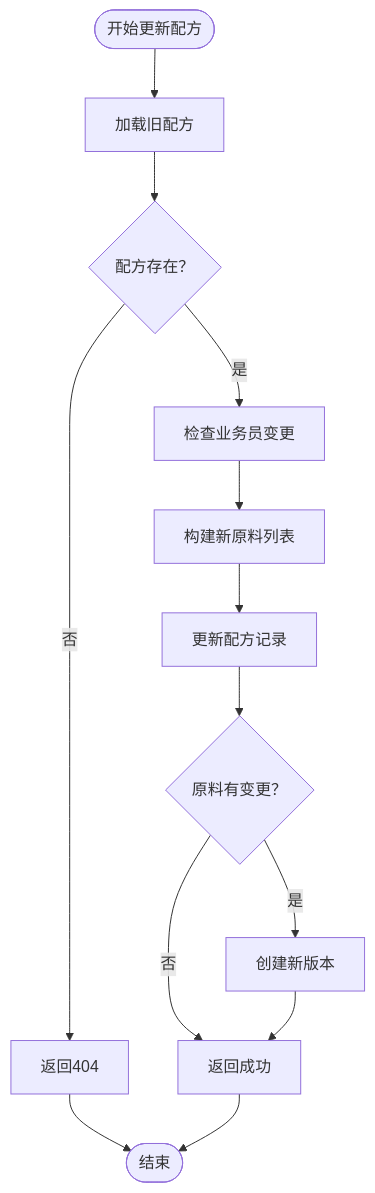
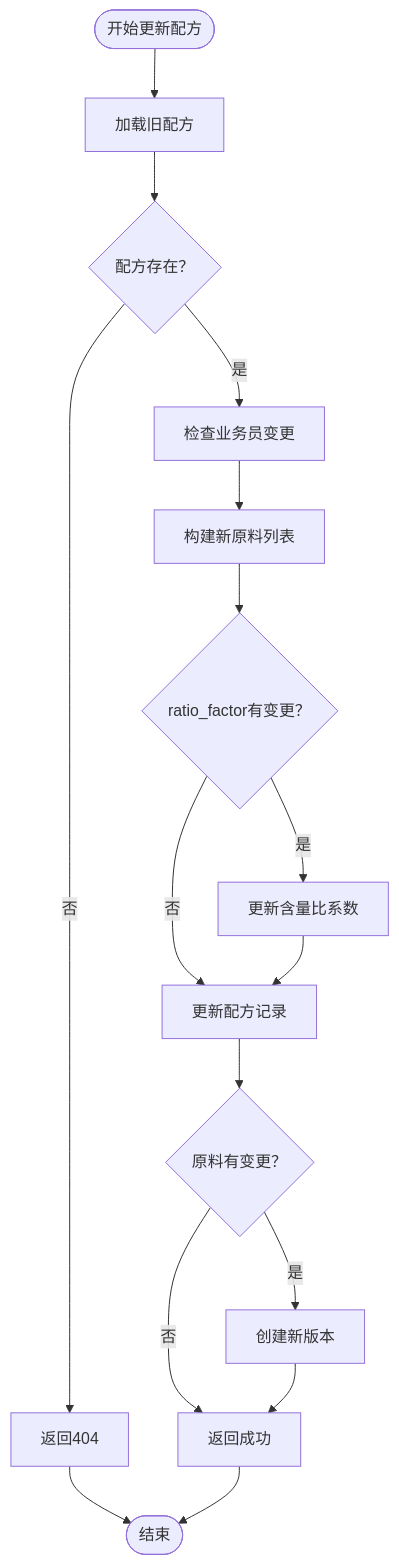
The fourth of 8 diagrams in .qoder/repowiki/zh/content/数据库设计/表结构详解/配方表 (formulas).md (xpretycn/TingStudio), drawn with Mermaid before and after one commit. The commit also changed other lines of this file and 26 other files, not shown here.

First line of the commit message:
docs(api): 更新文档支持移除和新增 ratioFactor 参数

````diff
--- a/.qoder/repowiki/zh/content/数据库设计/表结构详解/配方表 (formulas).md
+++ b/.qoder/repowiki/zh/content/数据库设计/表结构详解/配方表 (formulas).md
@@ -156,15 +173,18 @@
 ```mermaid
 flowchart TD
 Start([开始更新配方]) --> LoadOld["加载旧配方"]
 LoadOld --> CheckExists{"配方存在？"}
 CheckExists --> |否| ReturnNotFound["返回404"]
 CheckExists --> |是| CheckSalesman["检查业务员变更"]
 CheckSalesman --> BuildNewMaterials["构建新原料列表"]
-BuildNewMaterials --> UpdateFormula["更新配方记录"]
+BuildNewMaterials --> CheckRatioFactor{"ratio_factor有变更？"}
+CheckRatioFactor --> |是| UpdateRatioFactor["更新含量比系数"]
+CheckRatioFactor --> |否| UpdateFormula["更新配方记录"]
+UpdateRatioFactor --> UpdateFormula
 UpdateFormula --> CheckMaterials{"原料有变更？"}
 CheckMaterials --> |否| ReturnSuccess["返回成功"]
 CheckMaterials --> |是| CreateVersion["创建新版本"]
 CreateVersion --> ReturnSuccess
 ReturnNotFound --> End([结束])
 ReturnSuccess --> End
 ```
````
